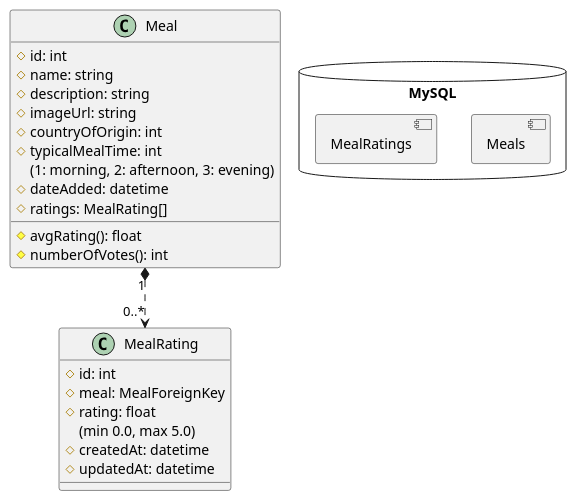
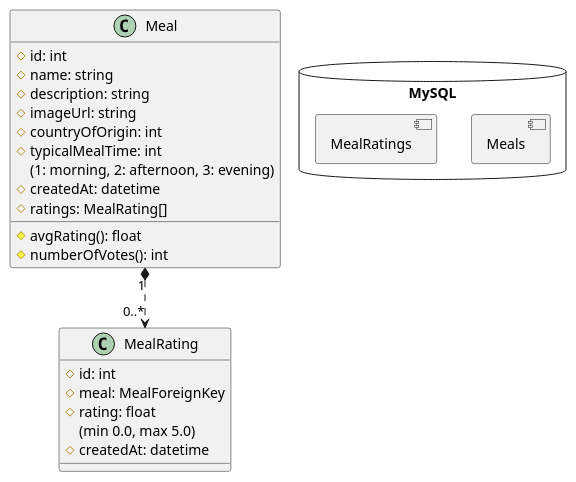
The diagram in classDiagram-sequelize.pu (Fanta335/meal-ratings-site), drawn with PlantUML before and after one commit.

Commit message:
'#17 rename a Meal prop: dateAdded to createdAt'

```diff
--- a/classDiagram-sequelize.pu
+++ b/classDiagram-sequelize.pu
@@ -1,36 +1,35 @@
 @startuml classDiagram
 allow_mixing
 ' skinparam ClassAttributeIconSize 0
 
 class Meal{
   # id: int
   # name: string
   # description: string
   # imageUrl: string
   # countryOfOrigin: int
   # typicalMealTime: int
   (1: morning, 2: afternoon, 3: evening)
-  # dateAdded: datetime
+  # createdAt: datetime
   # ratings: MealRating[]
   __
   # avgRating(): float
   # numberOfVotes(): int
 }
 
 class MealRating {
   # id: int
   # meal: MealForeignKey
   # rating: float
   (min 0.0, max 5.0)
   # createdAt: datetime
-  # updatedAt: datetime
   __
 }
 
 database MySQL {
   component Meals
   component MealRatings
 }
 
 Meal "1" *..> "0..*" MealRating
 @enduml
```
